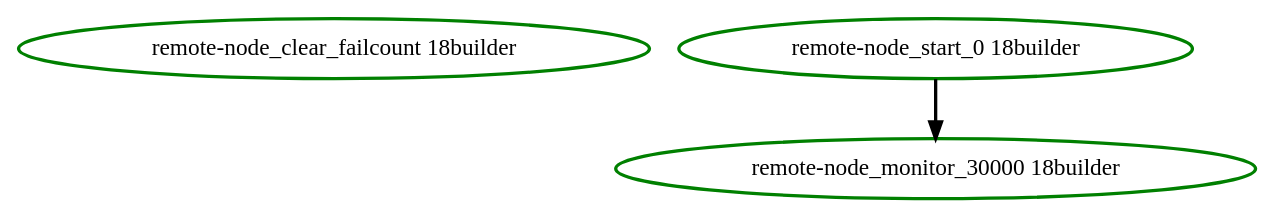
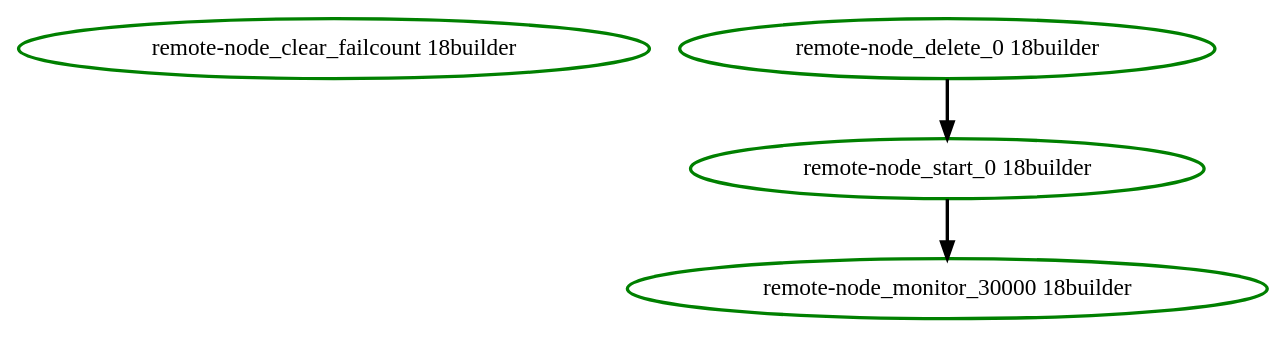
The diagram in pengine/test10/bug-5025-4.dot (ClusterLabs/pacemaker), drawn with Graphviz before and after one commit. The commit also changed 11 other files, not shown here.

Commit message:
Test: PE: Delete the old resource state on every node whenever the resource type is changed (update regression tests)

```diff
--- a/pengine/test10/bug-5025-4.dot
+++ b/pengine/test10/bug-5025-4.dot
@@ -1,6 +1,8 @@
  digraph "g" {
 "remote-node_clear_failcount 18builder" [ style=bold color="green" fontcolor="black"]
+"remote-node_delete_0 18builder" -> "remote-node_start_0 18builder" [ style = bold]
+"remote-node_delete_0 18builder" [ style=bold color="green" fontcolor="black"]
 "remote-node_monitor_30000 18builder" [ style=bold color="green" fontcolor="black"]
 "remote-node_start_0 18builder" -> "remote-node_monitor_30000 18builder" [ style = bold]
 "remote-node_start_0 18builder" [ style=bold color="green" fontcolor="black"]
 }
```
